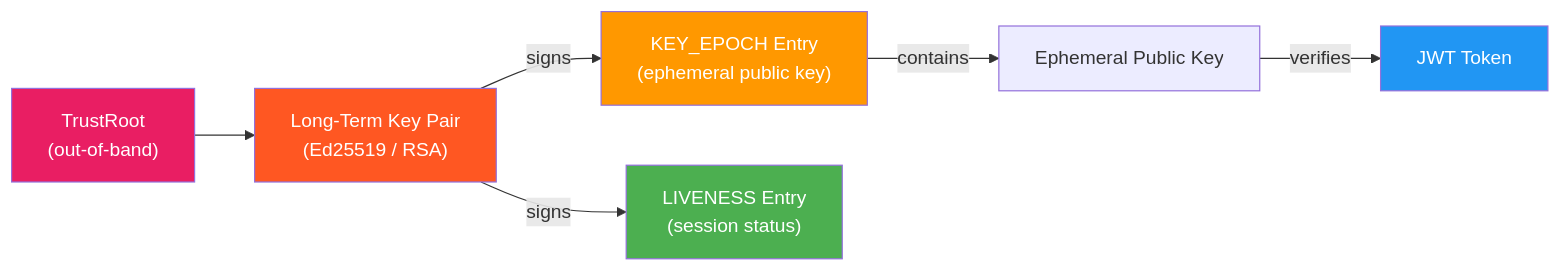
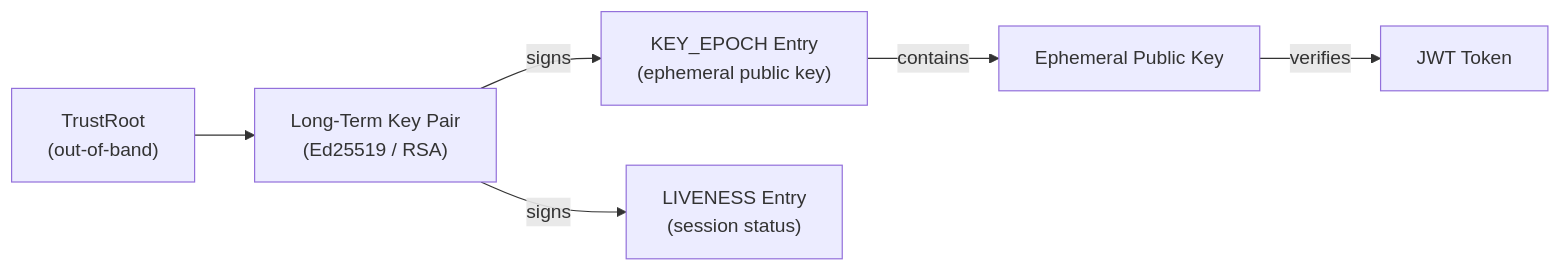
The second of 4 diagrams in docs/docs/getting-started/how-it-works.md (cyfko/veridot), drawn with Mermaid before and after one commit. The commit also changed other lines of this file and 25 other files, not shown here.

First line of the commit message:
style: remove colorful fill styles from Mermaid diagrams

````diff
--- a/docs/docs/getting-started/how-it-works.md
+++ b/docs/docs/getting-started/how-it-works.md
@@ -64,14 +60,9 @@
 ```mermaid
 graph LR
     TR["TrustRoot<br/>(out-of-band)"] --> LT["Long-Term Key Pair<br/>(Ed25519 / RSA)"]
     LT --> |"signs"| KE["KEY_EPOCH Entry<br/>(ephemeral public key)"]
     LT --> |"signs"| LV["LIVENESS Entry<br/>(session status)"]
     KE --> |"contains"| EPK["Ephemeral Public Key"]
     EPK --> |"verifies"| JWT["JWT Token"]
 
-    style TR fill:#E91E63,color:#fff
-    style LT fill:#FF5722,color:#fff
-    style KE fill:#FF9800,color:#fff
-    style LV fill:#4CAF50,color:#fff
-    style JWT fill:#2196F3,color:#fff
 ```
````
